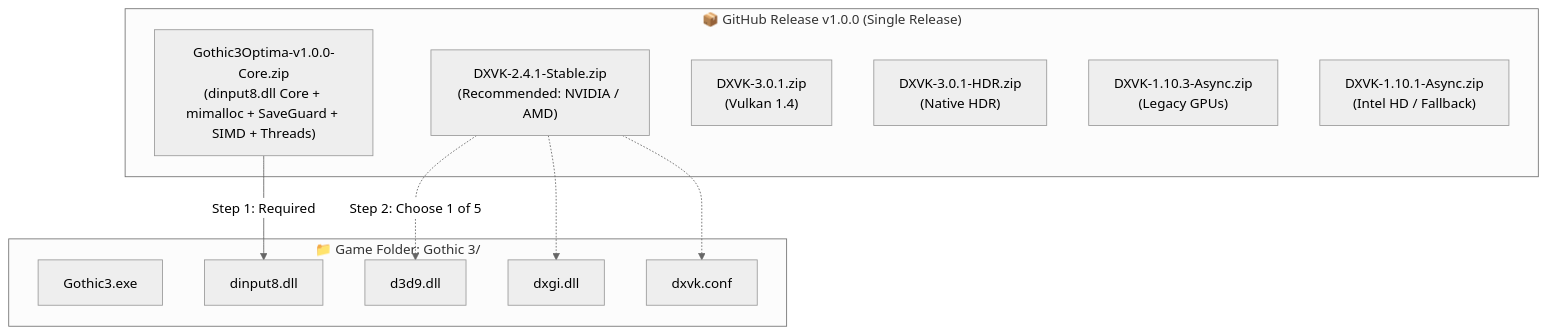
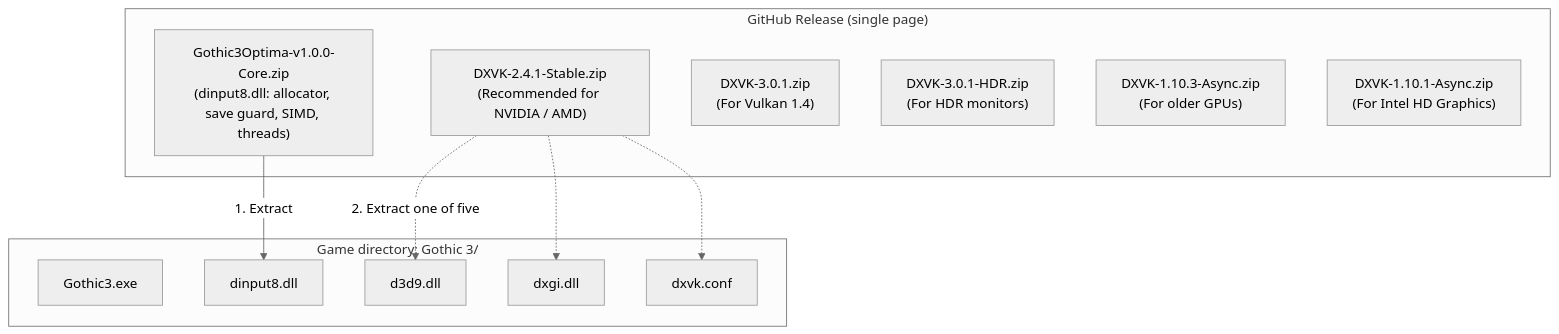
Before and after one commit to VadimGlinskiy/G3O: the first of 2 diagrams in README_en.md, drawn with Mermaid (neutral theme). The commit also changed other lines of this file and 1 other file, not shown here.

````diff
--- a/README_en.md
+++ b/README_en.md
@@ -45,24 +42,24 @@
 ```mermaid
 graph TD
-    subgraph GitHub_Release ["📦 GitHub Release v1.0.0 (Single Release)"]
-        Core["Gothic3Optima-v1.0.0-Core.zip<br/>(dinput8.dll Core + mimalloc + SaveGuard + SIMD + Threads)"]
-        DXVK1["DXVK-2.4.1-Stable.zip<br/>(Recommended: NVIDIA / AMD)"]
-        DXVK2["DXVK-3.0.1.zip<br/>(Vulkan 1.4)"]
-        DXVK3["DXVK-3.0.1-HDR.zip<br/>(Native HDR)"]
-        DXVK4["DXVK-1.10.3-Async.zip<br/>(Legacy GPUs)"]
-        DXVK5["DXVK-1.10.1-Async.zip<br/>(Intel HD / Fallback)"]
+    subgraph GitHub_Release ["GitHub Release (single page)"]
+        Core["Gothic3Optima-v1.0.0-Core.zip<br/>(dinput8.dll: allocator, save guard, SIMD, threads)"]
+        DXVK1["DXVK-2.4.1-Stable.zip<br/>(Recommended for NVIDIA / AMD)"]
+        DXVK2["DXVK-3.0.1.zip<br/>(For Vulkan 1.4)"]
+        DXVK3["DXVK-3.0.1-HDR.zip<br/>(For HDR monitors)"]
+        DXVK4["DXVK-1.10.3-Async.zip<br/>(For older GPUs)"]
+        DXVK5["DXVK-1.10.1-Async.zip<br/>(For Intel HD Graphics)"]
     end
 
-    subgraph Game_Folder ["📁 Game Folder: Gothic 3/"]
+    subgraph Game_Folder ["Game directory: Gothic 3/"]
         EXE["Gothic3.exe"]
         DLL["dinput8.dll"]
         D3D9["d3d9.dll"]
         DXGI["dxgi.dll"]
         CONF["dxvk.conf"]
     end
 
-    Core -->|"Step 1: Required"| DLL
-    DXVK1 -.->|"Step 2: Choose 1 of 5"| D3D9
+    Core -->|"1. Extract"| DLL
+    DXVK1 -.->|"2. Extract one of five"| D3D9
     DXVK1 -.-> DXGI
     DXVK1 -.-> CONF
 ```
````
